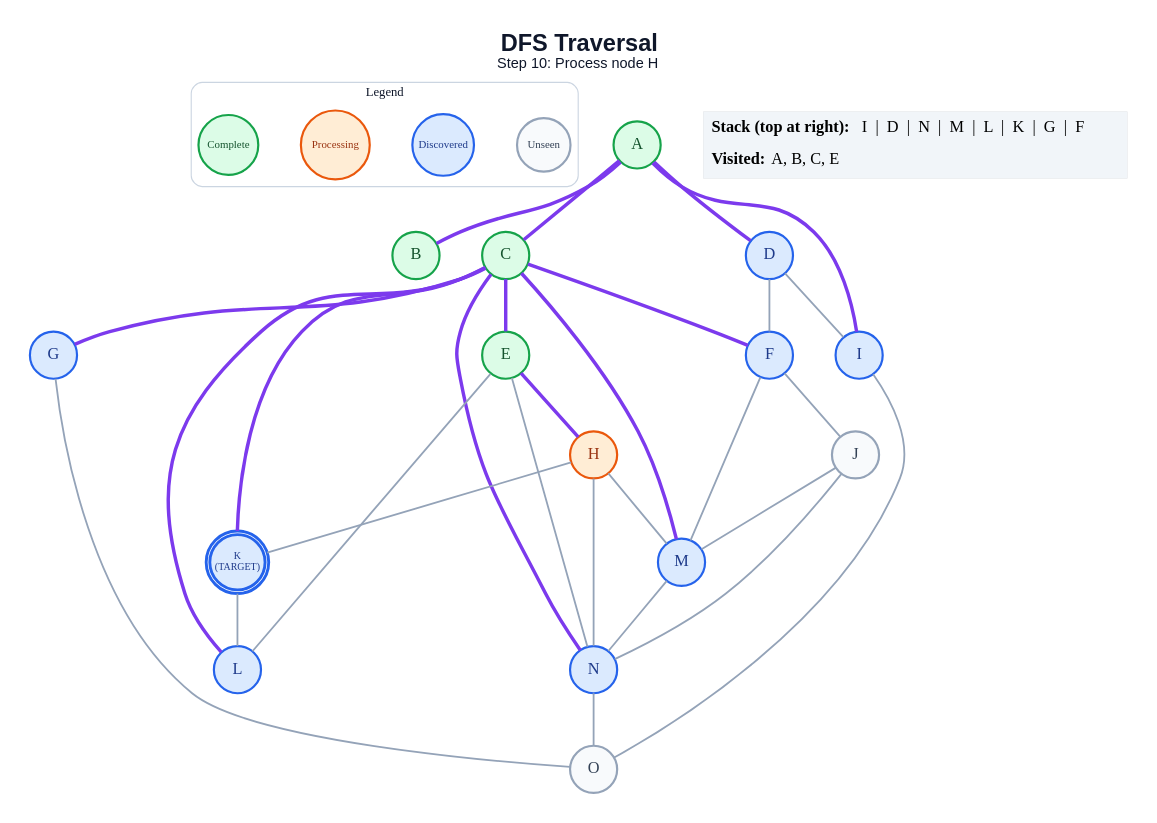
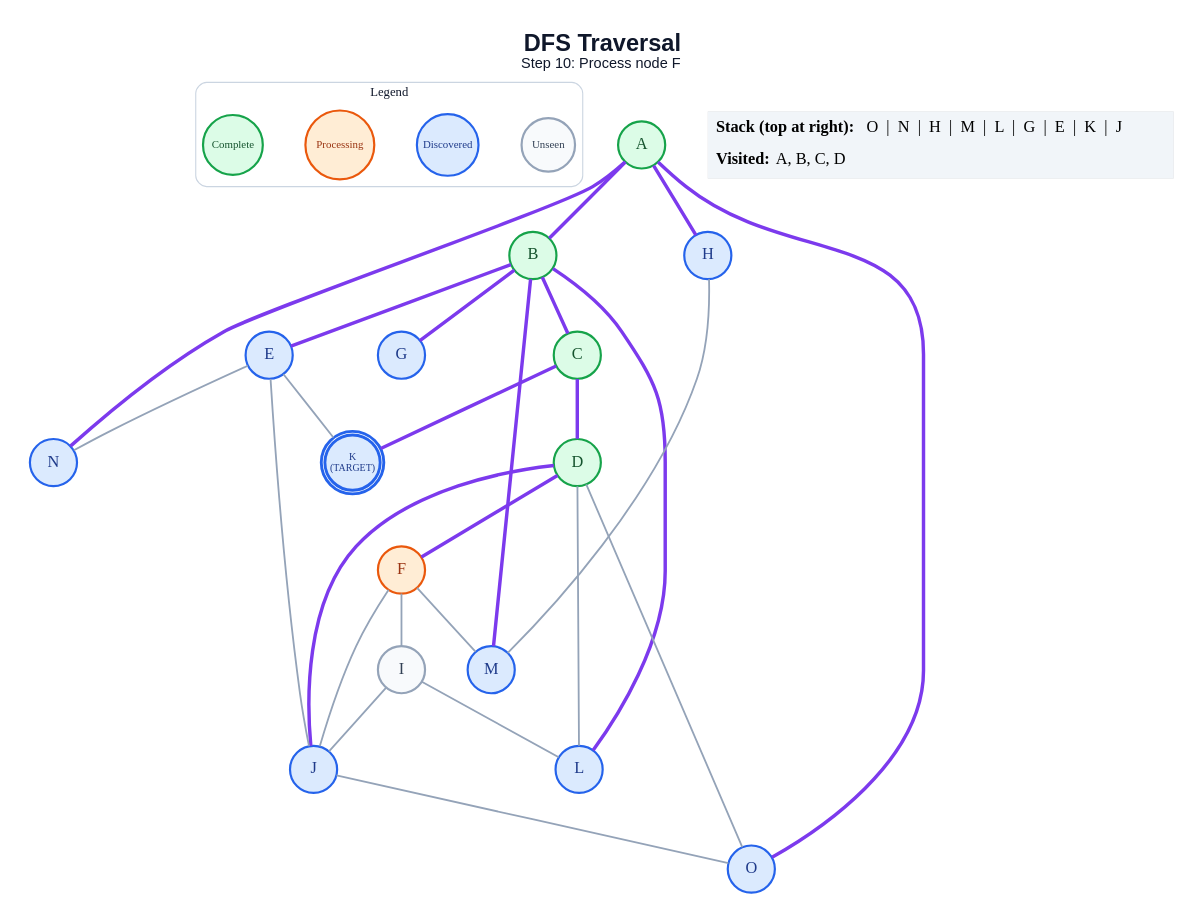
The diagram in generated/dfs/step_10.dot (anon7238593-create/ai-slop), drawn with Graphviz before and after one commit. The commit also changed 248 other files, not shown here.

```diff
--- a/generated/dfs/step_10.dot
+++ b/generated/dfs/step_10.dot
@@ -1,62 +1,59 @@
 graph traversal {
   graph [layout=dot, rankdir=TB, bgcolor="#FFFFFF", pad="0.35", nodesep="0.65", ranksep="0.8", fontname="Arial"];
   node [shape=circle, style="filled", fontname="Arial Bold", fontsize=18, width=0.72, fixedsize=true, penwidth=2.4];
   edge [color="#94A3B8", penwidth=2.0];
-  label=<<B>DFS Traversal</B><BR/><FONT POINT-SIZE="16">Step 10: Process node H</FONT>>; labelloc="t"; fontsize=26; fontname="Arial"; fontcolor="#0F172A";
+  label=<<B>DFS Traversal</B><BR/><FONT POINT-SIZE="16">Step 10: Process node F</FONT>>; labelloc="t"; fontsize=26; fontname="Arial"; fontcolor="#0F172A";
   subgraph cluster_legend { label="Legend"; color="#CBD5E1"; penwidth=1.2; style="rounded"; fontsize=14; fontname="Arial Bold";
     key_unseen [label="Unseen", fillcolor="#F8FAFC", color="#94A3B8", fontcolor="#334155", fontsize=12, width=0.82];
     key_frontier [label="Discovered", fillcolor="#DBEAFE", color="#2563EB", fontcolor="#1E3A8A", fontsize=12, width=0.95];
     key_current [label="Processing", fillcolor="#FFEDD5", color="#EA580C", fontcolor="#9A3412", fontsize=12, width=1.05];
     key_done [label="Complete", fillcolor="#DCFCE7", color="#16A34A", fontcolor="#14532D", fontsize=12, width=0.92];
     { rank=same; key_unseen; key_frontier; key_current; key_done; }
   }
   A [label="A", fillcolor="#DCFCE7", color="#16A34A", fontcolor="#14532D", peripheries=1, penwidth=2.4];
   B [label="B", fillcolor="#DCFCE7", color="#16A34A", fontcolor="#14532D", peripheries=1, penwidth=2.4];
   C [label="C", fillcolor="#DCFCE7", color="#16A34A", fontcolor="#14532D", peripheries=1, penwidth=2.4];
-  D [label="D", fillcolor="#DBEAFE", color="#2563EB", fontcolor="#1E3A8A", peripheries=1, penwidth=2.4];
-  E [label="E", fillcolor="#DCFCE7", color="#16A34A", fontcolor="#14532D", peripheries=1, penwidth=2.4];
-  F [label="F", fillcolor="#DBEAFE", color="#2563EB", fontcolor="#1E3A8A", peripheries=1, penwidth=2.4];
+  D [label="D", fillcolor="#DCFCE7", color="#16A34A", fontcolor="#14532D", peripheries=1, penwidth=2.4];
+  E [label="E", fillcolor="#DBEAFE", color="#2563EB", fontcolor="#1E3A8A", peripheries=1, penwidth=2.4];
+  F [label="F", fillcolor="#FFEDD5", color="#EA580C", fontcolor="#9A3412", peripheries=1, penwidth=2.4];
   G [label="G", fillcolor="#DBEAFE", color="#2563EB", fontcolor="#1E3A8A", peripheries=1, penwidth=2.4];
-  H [label="H", fillcolor="#FFEDD5", color="#EA580C", fontcolor="#9A3412", peripheries=1, penwidth=2.4];
-  I [label="I", fillcolor="#DBEAFE", color="#2563EB", fontcolor="#1E3A8A", peripheries=1, penwidth=2.4];
-  J [label="J", fillcolor="#F8FAFC", color="#94A3B8", fontcolor="#334155", peripheries=1, penwidth=2.4];
+  H [label="H", fillcolor="#DBEAFE", color="#2563EB", fontcolor="#1E3A8A", peripheries=1, penwidth=2.4];
+  I [label="I", fillcolor="#F8FAFC", color="#94A3B8", fontcolor="#334155", peripheries=1, penwidth=2.4];
+  J [label="J", fillcolor="#DBEAFE", color="#2563EB", fontcolor="#1E3A8A", peripheries=1, penwidth=2.4];
   K [label="K\n(TARGET)", fillcolor="#DBEAFE", color="#2563EB", fontcolor="#1E3A8A", peripheries=2, penwidth=3.2, fontsize=11, width=0.85, height=0.85];
   L [label="L", fillcolor="#DBEAFE", color="#2563EB", fontcolor="#1E3A8A", peripheries=1, penwidth=2.4];
   M [label="M", fillcolor="#DBEAFE", color="#2563EB", fontcolor="#1E3A8A", peripheries=1, penwidth=2.4];
   N [label="N", fillcolor="#DBEAFE", color="#2563EB", fontcolor="#1E3A8A", peripheries=1, penwidth=2.4];
-  O [label="O", fillcolor="#F8FAFC", color="#94A3B8", fontcolor="#334155", peripheries=1, penwidth=2.4];
+  O [label="O", fillcolor="#DBEAFE", color="#2563EB", fontcolor="#1E3A8A", peripheries=1, penwidth=2.4];
   A -- B [color="#7C3AED", penwidth=3.8];
-  A -- C [color="#7C3AED", penwidth=3.8];
-  A -- D [color="#7C3AED", penwidth=3.8];
-  A -- I [color="#7C3AED", penwidth=3.8];
-  C -- E [color="#7C3AED", penwidth=3.8];
-  C -- F [color="#7C3AED", penwidth=3.8];
-  C -- G [color="#7C3AED", penwidth=3.8];
+  A -- H [color="#7C3AED", penwidth=3.8];
+  A -- N [color="#7C3AED", penwidth=3.8];
+  A -- O [color="#7C3AED", penwidth=3.8];
+  B -- C [color="#7C3AED", penwidth=3.8];
+  B -- E [color="#7C3AED", penwidth=3.8];
+  B -- G [color="#7C3AED", penwidth=3.8];
+  B -- L [color="#7C3AED", penwidth=3.8];
+  B -- M [color="#7C3AED", penwidth=3.8];
+  C -- D [color="#7C3AED", penwidth=3.8];
   C -- K [color="#7C3AED", penwidth=3.8];
-  C -- L [color="#7C3AED", penwidth=3.8];
-  C -- M [color="#7C3AED", penwidth=3.8];
-  C -- N [color="#7C3AED", penwidth=3.8];
-  D -- F;
-  D -- I;
-  E -- H [color="#7C3AED", penwidth=3.8];
-  E -- L;
+  D -- F [color="#7C3AED", penwidth=3.8];
+  D -- J [color="#7C3AED", penwidth=3.8];
+  D -- L;
+  D -- O;
+  E -- J;
+  E -- K;
   E -- N;
+  F -- I;
   F -- J;
   F -- M;
-  G -- O;
-  H -- K;
   H -- M;
-  H -- N;
-  I -- O;
-  J -- M;
-  J -- N;
-  K -- L;
-  M -- N;
-  N -- O;
+  I -- J;
+  I -- L;
+  J -- O;
   status [shape=plain, fixedsize=false, width=0, height=0, margin=0, label=<
     <TABLE BORDER="0" CELLBORDER="0" CELLPADDING="7" BGCOLOR="#F1F5F9">
-      <TR><TD ALIGN="LEFT"><B>Stack (top at right):</B> I  |  D  |  N  |  M  |  L  |  K  |  G  |  F</TD></TR>
-      <TR><TD ALIGN="LEFT"><B>Visited:</B> A, B, C, E</TD></TR>
+      <TR><TD ALIGN="LEFT"><B>Stack (top at right):</B> O  |  N  |  H  |  M  |  L  |  G  |  E  |  K  |  J</TD></TR>
+      <TR><TD ALIGN="LEFT"><B>Visited:</B> A, B, C, D</TD></TR>
     </TABLE>
   >];
 }
```
